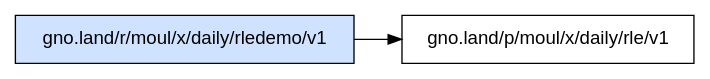
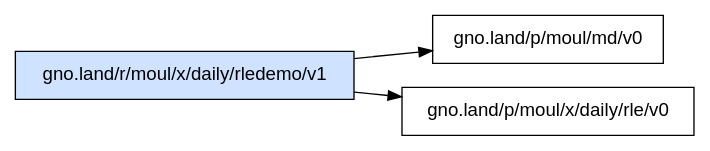
The diagram in _assets/gno.land/r/moul/x/daily/rledemo/v1/deps.dot (moul/gno-contracts), drawn with Graphviz before and after one commit. The commit also changed 44 other files, not shown here.

Commit message:
chore: regenerate catalog, graphs and on-chain status [skip ci]

```diff
--- a/_assets/gno.land/r/moul/x/daily/rledemo/v1/deps.dot
+++ b/_assets/gno.land/r/moul/x/daily/rledemo/v1/deps.dot
@@ -1,6 +1,7 @@
 digraph deps {
   rankdir=LR;
   node [shape=box, fontname="sans-serif"];
   "gno.land/r/moul/x/daily/rledemo/v1" [style=filled, fillcolor="#cfe2ff"];
-  "gno.land/r/moul/x/daily/rledemo/v1" -> "gno.land/p/moul/x/daily/rle/v1";
+  "gno.land/r/moul/x/daily/rledemo/v1" -> "gno.land/p/moul/md/v0";
+  "gno.land/r/moul/x/daily/rledemo/v1" -> "gno.land/p/moul/x/daily/rle/v0";
 }
```
